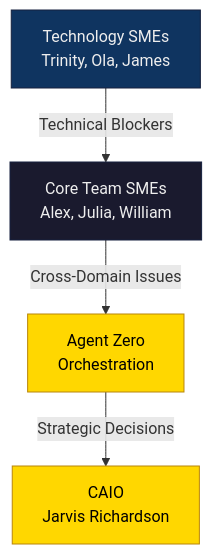
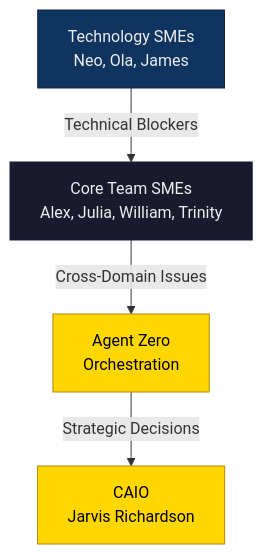
Before and after one commit to Hana-X-AI/hx-docling-application: the second of 2 diagrams in project/0.6-governance/0.6.5-team-roster.md, drawn with Mermaid. The commit also changed other lines of this file and 10 other files, not shown here.

Commit message:
docs: update charter, governance, and add architecture reviews

````diff
--- a/project/0.6-governance/0.6.5-team-roster.md
+++ b/project/0.6-governance/0.6.5-team-roster.md
@@ -563,16 +601,16 @@
 ```mermaid
 flowchart TB
-    Tech[Technology SMEs<br/>Trinity, Ola, James]
-    Core[Core Team SMEs<br/>Alex, Julia, William]
+    Tech[Technology SMEs<br/>Neo, Ola, James]
+    Core[Core Team SMEs<br/>Alex, Julia, William, Trinity]
     AZ[Agent Zero<br/>Orchestration]
     CAIO[CAIO<br/>Jarvis Richardson]
 
     Tech -->|Technical Blockers| Core
     Core -->|Cross-Domain Issues| AZ
     AZ -->|Strategic Decisions| CAIO
 
     style Tech fill:#0f3460,stroke:#16213e,color:#eee
     style Core fill:#1a1a2e,stroke:#16213e,color:#eee
     style AZ fill:#ffd700,stroke:#b8860b,color:#000
     style CAIO fill:#ffd700,stroke:#b8860b,color:#000
 ```
````
